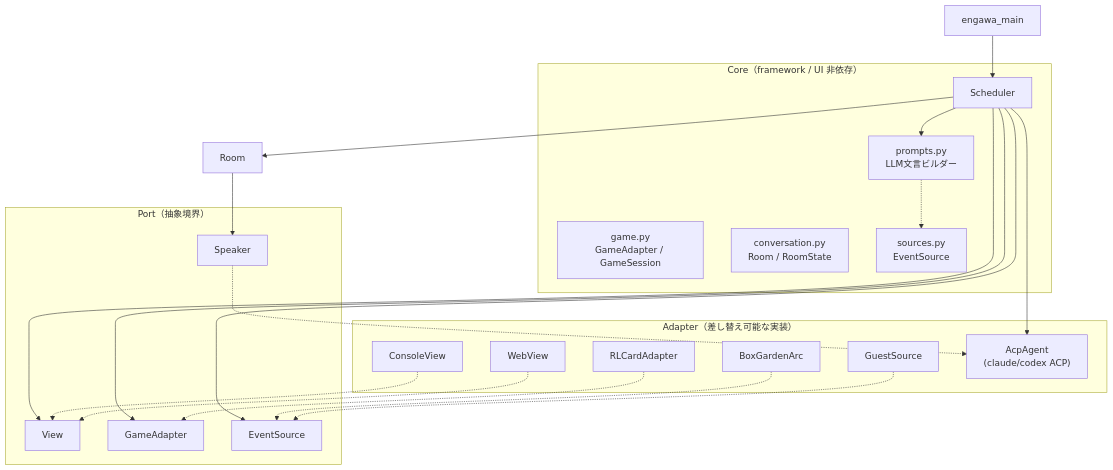
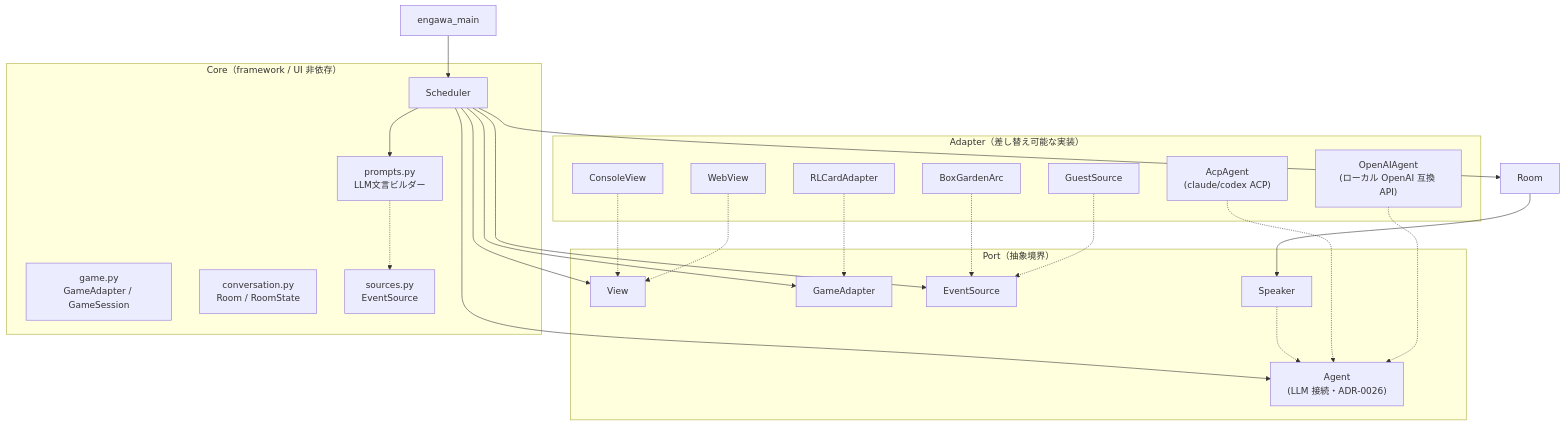
The seventh of 7 diagrams in docs/class-diagram.md (NiteC-a11y/Engawa), drawn with Mermaid before and after one commit. The commit also changed other lines of this file and 5 other files, not shown here.

Commit message:
docs: codex ドリフト点検の指摘7件を反映（ADR-0015 Inc3 顛末・TECH_RULES に中断不可例外・class-diagram の Agent ポート現行化＋utter_preemptible・ADR-0031 E2E 範囲限定・原則3 注記・584行を P5 時点実測と明記）

````diff
--- a/docs/class-diagram.md
+++ b/docs/class-diagram.md
@@ -429,43 +433,47 @@
 ```mermaid
 flowchart TB
     subgraph Core["Core（framework / UI 非依存）"]
         Scheduler
         game["game.py\nGameAdapter / GameSession"]
         conv["conversation.py\nRoom / RoomState"]
         sources["sources.py\nEventSource"]
         prompts["prompts.py\nLLM文言ビルダー"]
     end
 
     subgraph Ports["Port（抽象境界）"]
         View
         GameAdapter
         EventSource
         Speaker
+        AgentP["Agent\n(LLM 接続・ADR-0026)"]
     end
 
     subgraph Adapters["Adapter（差し替え可能な実装）"]
         ConsoleView
         WebView
         RLCardAdapter
         BoxGardenArc
         GuestSource
         AcpAgent["AcpAgent\n(claude/codex ACP)"]
+        OpenAIAgent["OpenAIAgent\n(ローカル OpenAI 互換 API)"]
     end
 
     engawa_main --> Scheduler
     Scheduler --> View
     Scheduler --> EventSource
     Scheduler --> GameAdapter
     Scheduler --> Room
-    Scheduler --> AcpAgent
+    Scheduler --> AgentP
     Scheduler --> prompts
     prompts -.-> sources
 
     ConsoleView -.-> View
     WebView -.-> View
     RLCardAdapter -.-> GameAdapter
     BoxGardenArc -.-> EventSource
     GuestSource -.-> EventSource
     Room --> Speaker
-    Speaker -.-> AcpAgent
+    Speaker -.-> AgentP
+    AcpAgent -.-> AgentP
+    OpenAIAgent -.-> AgentP
 ```
````
